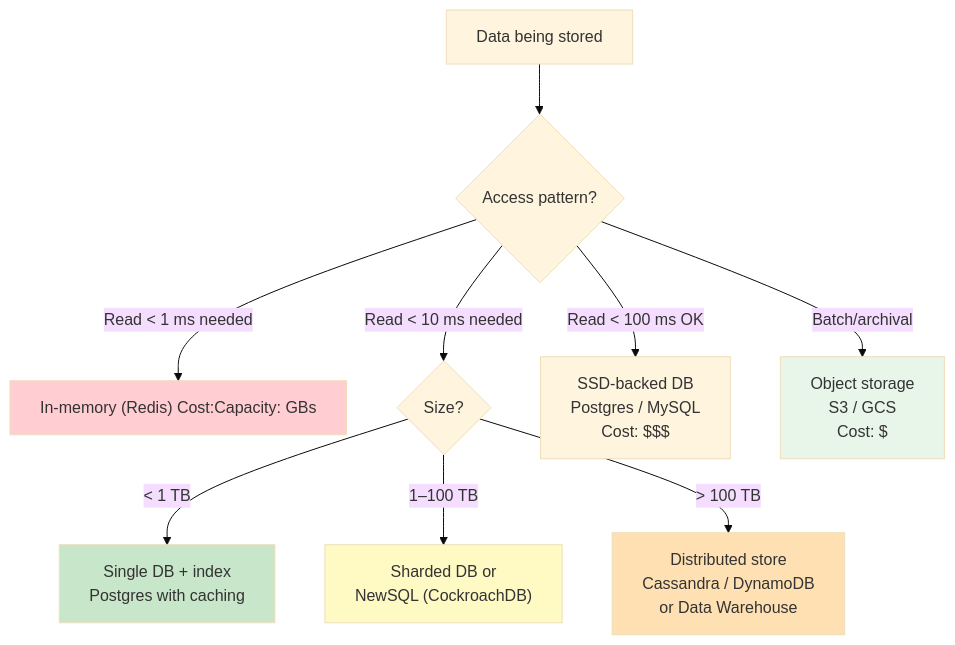
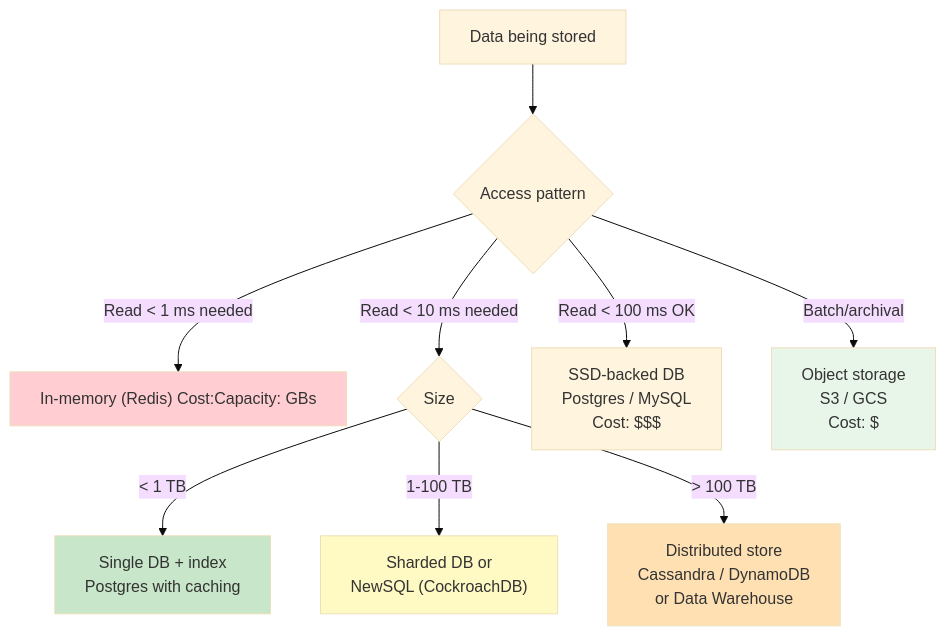
One commit to ranjeetnegi/System-Design-for-Staff-SWE changed the eighth of 12 diagrams in Section0/Chapter_5_Numbers_Estimation.md. Above: the diagram before and after it, drawn with Mermaid (base theme). The commit also changed other lines of this file and 11 other files, not shown here.

````diff
--- a/Section0/Chapter_5_Numbers_Estimation.md
+++ b/Section0/Chapter_5_Numbers_Estimation.md
@@ -1486,18 +1486,18 @@
 ```mermaid
 flowchart TD
-    A["Data being stored"] --> B{Access pattern?}
+    A["Data being stored"] --> B{Access pattern }
     B -->|"Read < 1 ms needed"| C["In-memory (Redis)<br/>Cost: $$$$<br/>Capacity: GBs"]
-    B -->|"Read < 10 ms needed"| D{"Size?"}
+    B -->|"Read < 10 ms needed"| D{"Size "}
     B -->|"Read < 100 ms OK"| E["SSD-backed DB<br/>Postgres / MySQL<br/>Cost: $$$"]
     B -->|"Batch/archival"| F["Object storage<br/>S3 / GCS<br/>Cost: $"]
     
     D -->|"< 1 TB"| G["Single DB + index<br/>Postgres with caching"]
-    D -->|"1–100 TB"| H["Sharded DB or<br/>NewSQL (CockroachDB)"]
+    D -->|"1-100 TB"| H["Sharded DB or<br/>NewSQL (CockroachDB)"]
     D -->|"> 100 TB"| I["Distributed store<br/>Cassandra / DynamoDB<br/>or Data Warehouse"]
     
     style C fill:#ffcdd2
     style G fill:#c8e6c9
     style H fill:#fff9c4
     style I fill:#ffe0b2
     style F fill:#e8f5e9
 ```
````
